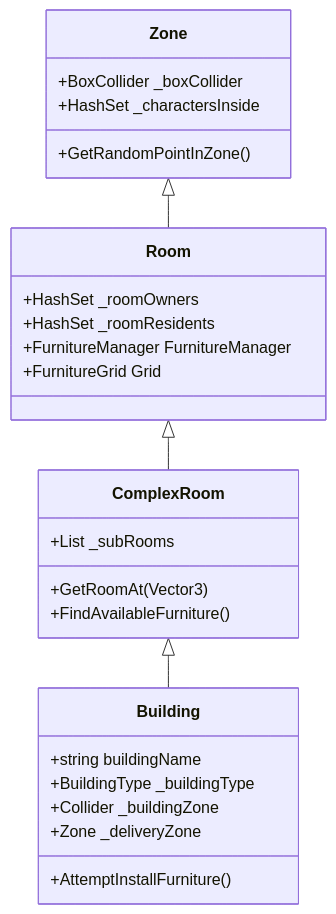
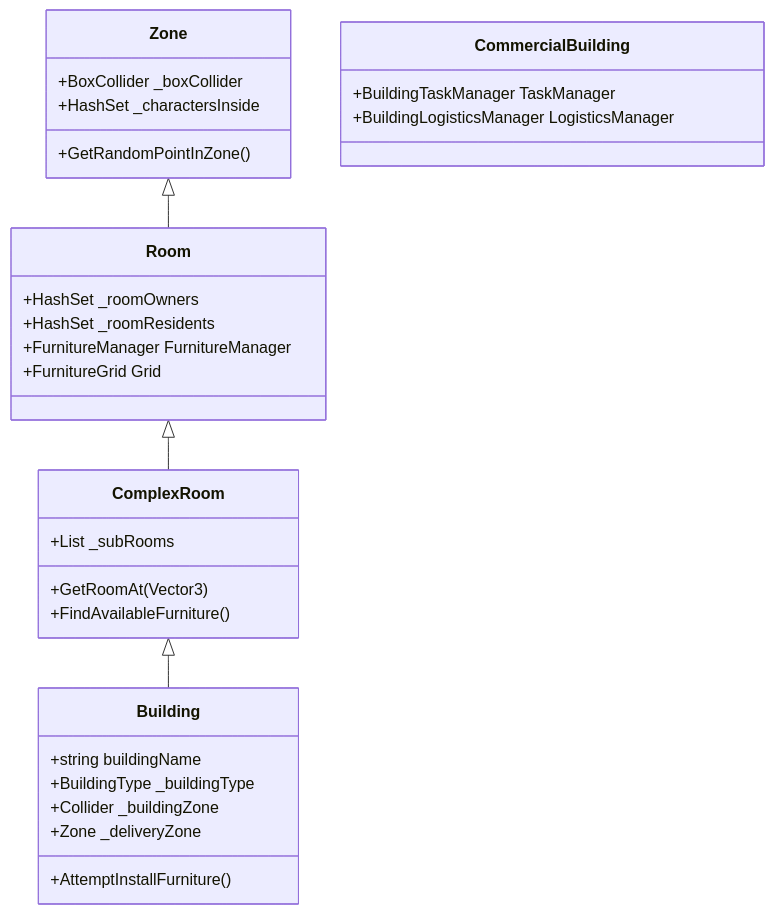
Before and after one commit to Silac1995/My-World-Isekai-Unity: the diagram in .agent/skills/building_system/SKILL.md, drawn with Mermaid. The commit also changed other lines of this file and 6 other files, not shown here.

First line of the commit message:
[STABLE] Introduce BuildingLogisticsManager and update docs

````diff
--- a/.agent/skills/building_system/SKILL.md
+++ b/.agent/skills/building_system/SKILL.md
@@ -12,30 +12,34 @@
 ```mermaid
 classDiagram
     Zone <|-- Room
     Room <|-- ComplexRoom
     ComplexRoom <|-- Building
 
     class Zone {
         +BoxCollider _boxCollider
         +HashSet<GameObject> _charactersInside
         +GetRandomPointInZone()
     }
     class Room {
         +HashSet<Character> _roomOwners
         +HashSet<Character> _roomResidents
         +FurnitureManager FurnitureManager
         +FurnitureGrid Grid
     }
     class ComplexRoom {
         +List<Room> _subRooms
         +GetRoomAt(Vector3)
         +FindAvailableFurniture()
     }
     class Building {
         +string buildingName
         +BuildingType _buildingType
         +Collider _buildingZone
         +Zone _deliveryZone
         +AttemptInstallFurniture()
     }
+    class CommercialBuilding {
+        +BuildingTaskManager TaskManager
+        +BuildingLogisticsManager LogisticsManager
+    }
 ```
````
